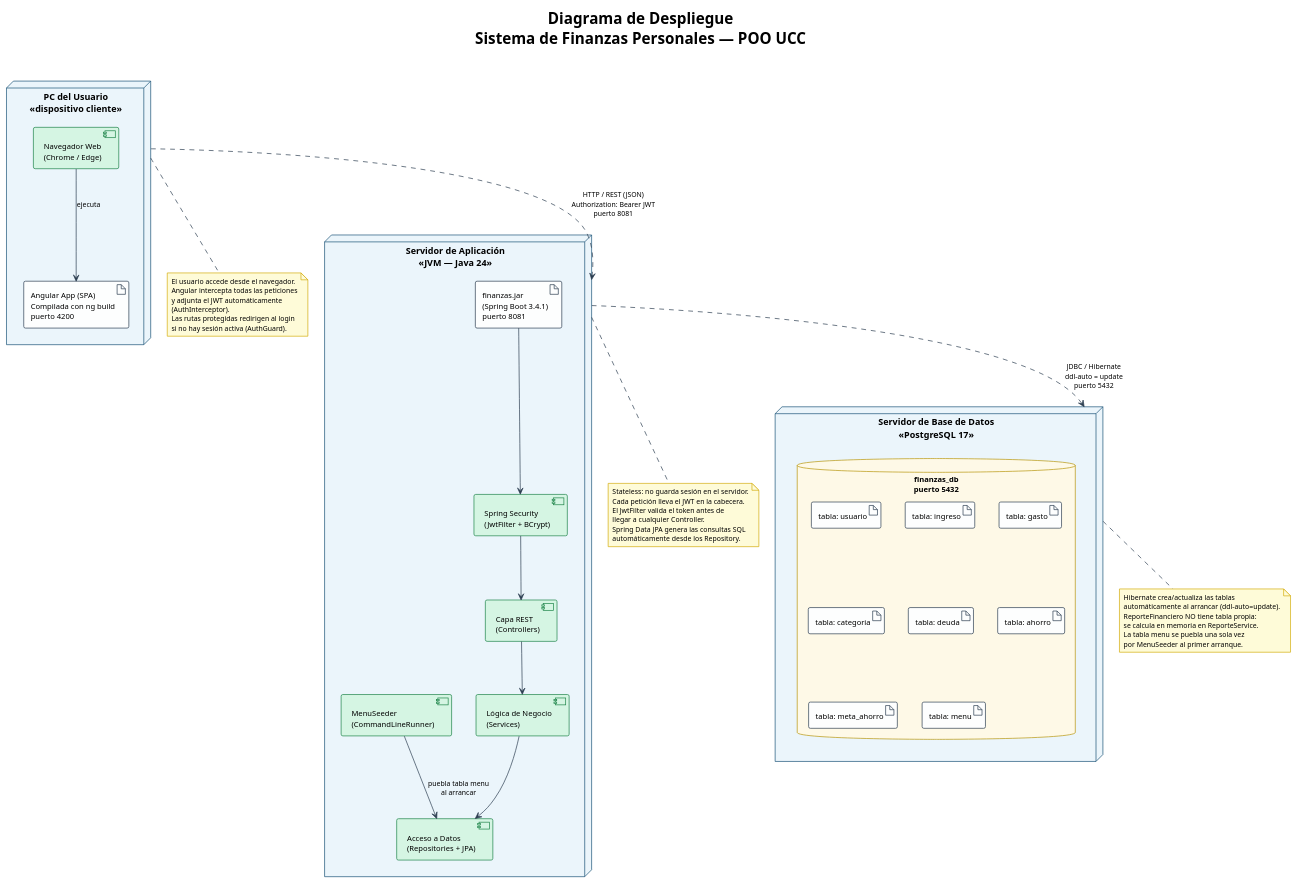
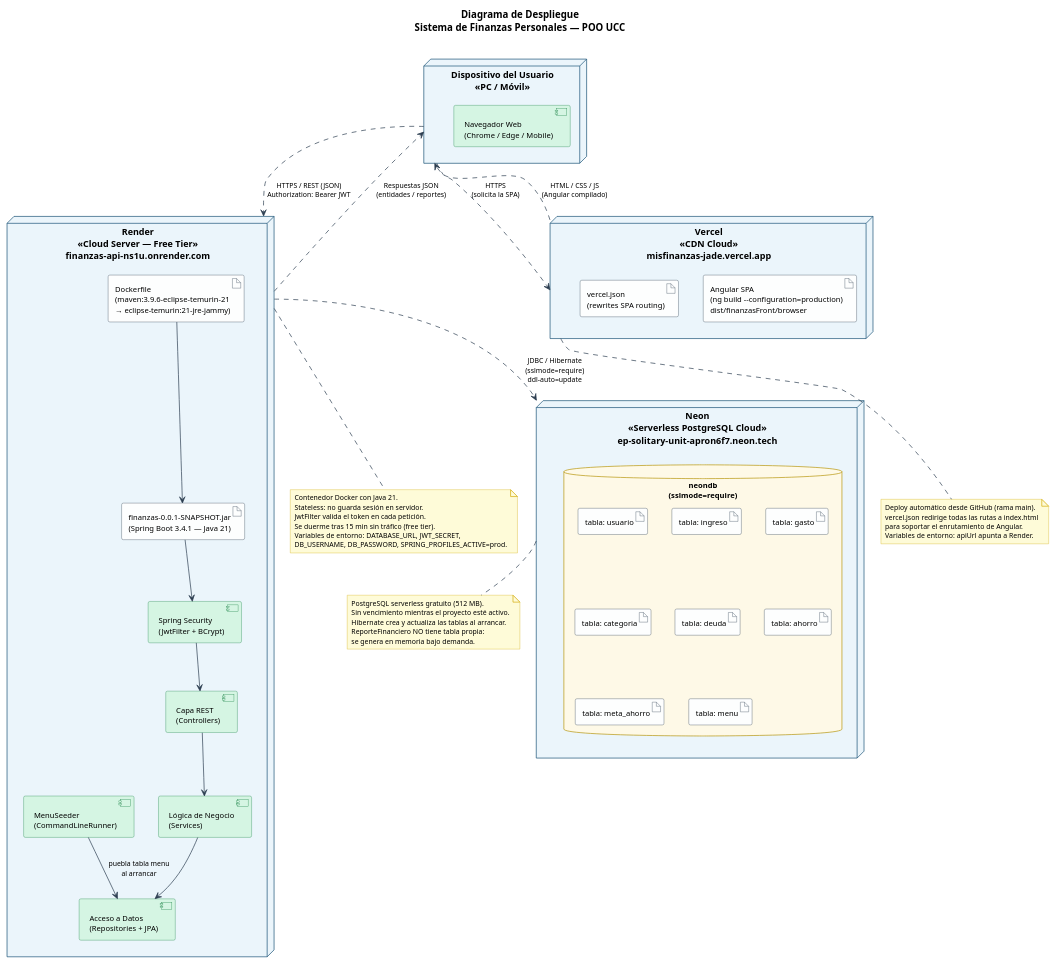
Before and after one commit to andresZam12/mis_finanzas: the diagram in diagrama_despliegue.puml, drawn with PlantUML. The commit also changed 4 other files, not shown here.

First line of the commit message:
Actualizar diagramas UML con arquitectura de produccion

```diff
--- a/diagrama_despliegue.puml
+++ b/diagrama_despliegue.puml
@@ -1,132 +1,138 @@
 @startuml diagrama_despliegue
-!theme plain
 
 skinparam backgroundColor #FFFFFF
 skinparam defaultFontName Arial
 skinparam defaultFontSize 12
 
 skinparam node {
     BackgroundColor #EBF5FB
     BorderColor #1A5276
     FontSize 13
     FontStyle bold
 }
 
 skinparam artifact {
     BackgroundColor #FDFEFE
     BorderColor #2C3E50
     FontSize 11
 }
 
 skinparam database {
     BackgroundColor #FEF9E7
     BorderColor #B7950B
     FontSize 11
 }
 
 skinparam component {
     BackgroundColor #D5F5E3
     BorderColor #1E8449
     FontSize 11
 }
 
-skinparam arrow {
-    Color #2C3E50
-    FontSize 10
-}
+skinparam ArrowColor #2C3E50
+skinparam ArrowFontSize 10
 
 skinparam note {
     BackgroundColor #FEFBD8
     BorderColor #D4AC0D
     FontSize 10
 }
 
 title <b>Diagrama de Despliegue</b>\nSistema de Finanzas Personales — POO UCC\n
 
 ' ======================================================
-'  NODO 1 — MÁQUINA DEL USUARIO
+'  NODO 1 — DISPOSITIVO DEL USUARIO
 ' ======================================================
-node "PC del Usuario\n«dispositivo cliente»" as cliente {
-
-    component "Navegador Web\n(Chrome / Edge)" as navegador
-
-    artifact  "Angular App (SPA)\nCompilada con ng build\npuerto 4200" as angularApp
-
-    navegador --> angularApp : ejecuta
+node "Dispositivo del Usuario\n«PC / Móvil»" as cliente {
+    component "Navegador Web\n(Chrome / Edge / Mobile)" as navegador
 }
 
 ' ======================================================
-'  NODO 2 — SERVIDOR DE APLICACIÓN
+'  NODO 2 — VERCEL (CDN — Frontend)
 ' ======================================================
-node "Servidor de Aplicación\n«JVM — Java 24»" as servidor {
+node "Vercel\n«CDN Cloud»\nmisfinanzas-jade.vercel.app" as vercel {
+    artifact "Angular SPA\n(ng build --configuration=production)\ndist/finanzasFront/browser" as angularApp
+    artifact "vercel.json\n(rewrites SPA routing)" as vercelJson
+}
 
-    artifact "finanzas.jar\n(Spring Boot 3.4.1)\npuerto 8081" as jar
+' ======================================================
+'  NODO 3 — RENDER (Servidor — Backend)
+' ======================================================
+node "Render\n«Cloud Server — Free Tier»\nfinanzas-api-ns1u.onrender.com" as render {
+
+    artifact "Dockerfile\n(maven:3.9.6-eclipse-temurin-21\n→ eclipse-temurin:21-jre-jammy)" as docker
+
+    artifact "finanzas-0.0.1-SNAPSHOT.jar\n(Spring Boot 3.4.1 — Java 21)" as jar
 
     component "Spring Security\n(JwtFilter + BCrypt)" as security
     component "Capa REST\n(Controllers)" as controllers
     component "Lógica de Negocio\n(Services)" as services
     component "Acceso a Datos\n(Repositories + JPA)" as repositories
     component "MenuSeeder\n(CommandLineRunner)" as seeder
 
+    docker       --> jar
     jar          --> security
     security     --> controllers
     controllers  --> services
     services     --> repositories
     seeder       --> repositories : puebla tabla menu\nal arrancar
 }
 
 ' ======================================================
-'  NODO 3 — SERVIDOR DE BASE DE DATOS
+'  NODO 4 — NEON (Base de Datos en la nube)
 ' ======================================================
-node "Servidor de Base de Datos\n«PostgreSQL 17»" as baseDatos {
+node "Neon\n«Serverless PostgreSQL Cloud»\nep-solitary-unit-apron6f7.neon.tech" as neon {
 
-    database "finanzas_db\npuerto 5432" as db {
+    database "neondb\n(sslmode=require)" as db {
         artifact "tabla: usuario"      as tUsuario
         artifact "tabla: ingreso"      as tIngreso
         artifact "tabla: gasto"        as tGasto
         artifact "tabla: categoria"    as tCategoria
         artifact "tabla: deuda"        as tDeuda
         artifact "tabla: ahorro"       as tAhorro
         artifact "tabla: meta_ahorro"  as tMeta
         artifact "tabla: menu"         as tMenu
     }
 }
 
 ' ======================================================
 '  COMUNICACIÓN ENTRE NODOS
 ' ======================================================
-cliente     ..>  servidor   : HTTP / REST (JSON)\nAuthorization: Bearer JWT\npuerto 8081
+cliente  ..>  vercel  : HTTPS\n(solicita la SPA)
 
-servidor    ..>  baseDatos  : JDBC / Hibernate\nddl-auto = update\npuerto 5432
+vercel   ..>  cliente : HTML / CSS / JS\n(Angular compilado)
+
+cliente  ..>  render  : HTTPS / REST (JSON)\nAuthorization: Bearer JWT
+
+render   ..>  cliente : Respuestas JSON\n(entidades / reportes)
+
+render   ..>  neon    : JDBC / Hibernate\n(sslmode=require)\nddl-auto=update
 
 ' ======================================================
 '  NOTAS
 ' ======================================================
-note bottom of cliente
-  El usuario accede desde el navegador.
-  Angular intercepta todas las peticiones
-  y adjunta el JWT automáticamente
-  (AuthInterceptor).
-  Las rutas protegidas redirigen al login
-  si no hay sesión activa (AuthGuard).
+note bottom of vercel
+  Deploy automático desde GitHub (rama main).
+  vercel.json redirige todas las rutas a index.html
+  para soportar el enrutamiento de Angular.
+  Variables de entorno: apiUrl apunta a Render.
 end note
 
-note bottom of servidor
-  Stateless: no guarda sesión en el servidor.
-  Cada petición lleva el JWT en la cabecera.
-  El JwtFilter valida el token antes de
-  llegar a cualquier Controller.
-  Spring Data JPA genera las consultas SQL
-  automáticamente desde los Repository.
+note bottom of render
+  Contenedor Docker con Java 21.
+  Stateless: no guarda sesión en servidor.
+  JwtFilter valida el token en cada petición.
+  Se duerme tras 15 min sin tráfico (free tier).
+  Variables de entorno: DATABASE_URL, JWT_SECRET,
+  DB_USERNAME, DB_PASSWORD, SPRING_PROFILES_ACTIVE=prod.
 end note
 
-note bottom of baseDatos
-  Hibernate crea/actualiza las tablas
-  automáticamente al arrancar (ddl-auto=update).
+note bottom of neon
+  PostgreSQL serverless gratuito (512 MB).
+  Sin vencimiento mientras el proyecto esté activo.
+  Hibernate crea y actualiza las tablas al arrancar.
   ReporteFinanciero NO tiene tabla propia:
-  se calcula en memoria en ReporteService.
-  La tabla menu se puebla una sola vez
-  por MenuSeeder al primer arranque.
+  se genera en memoria bajo demanda.
 end note
 
 @enduml
```
